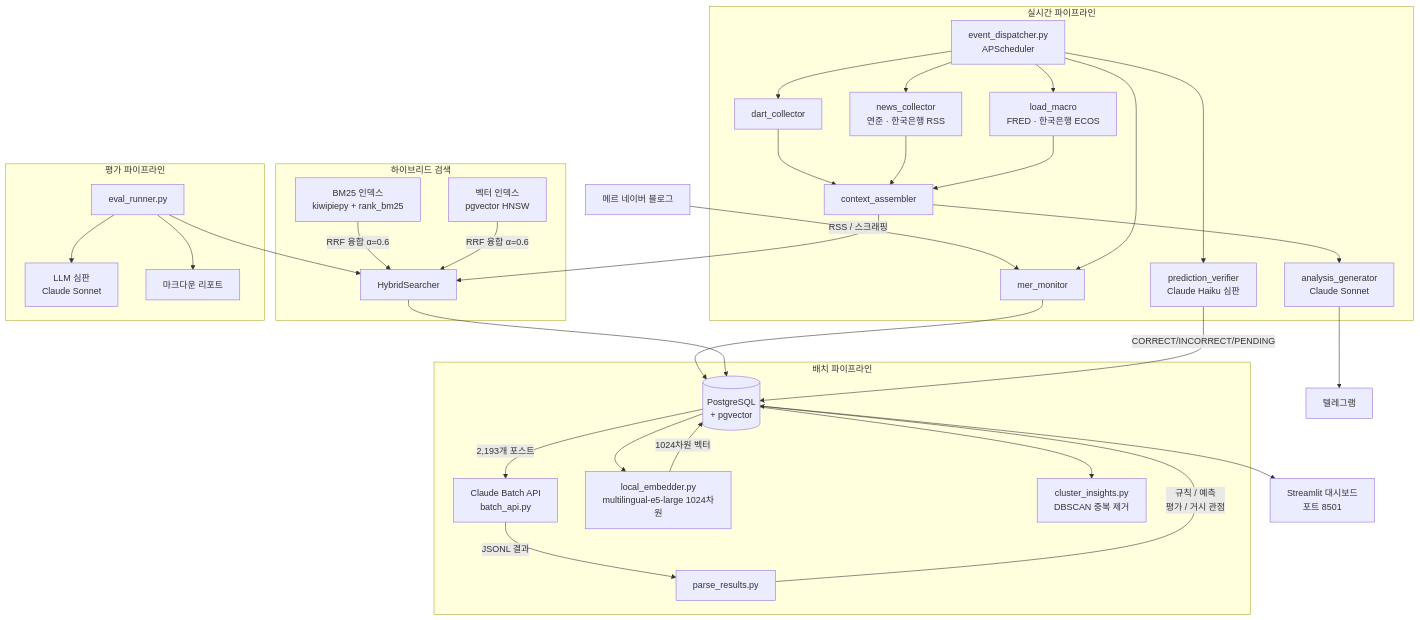
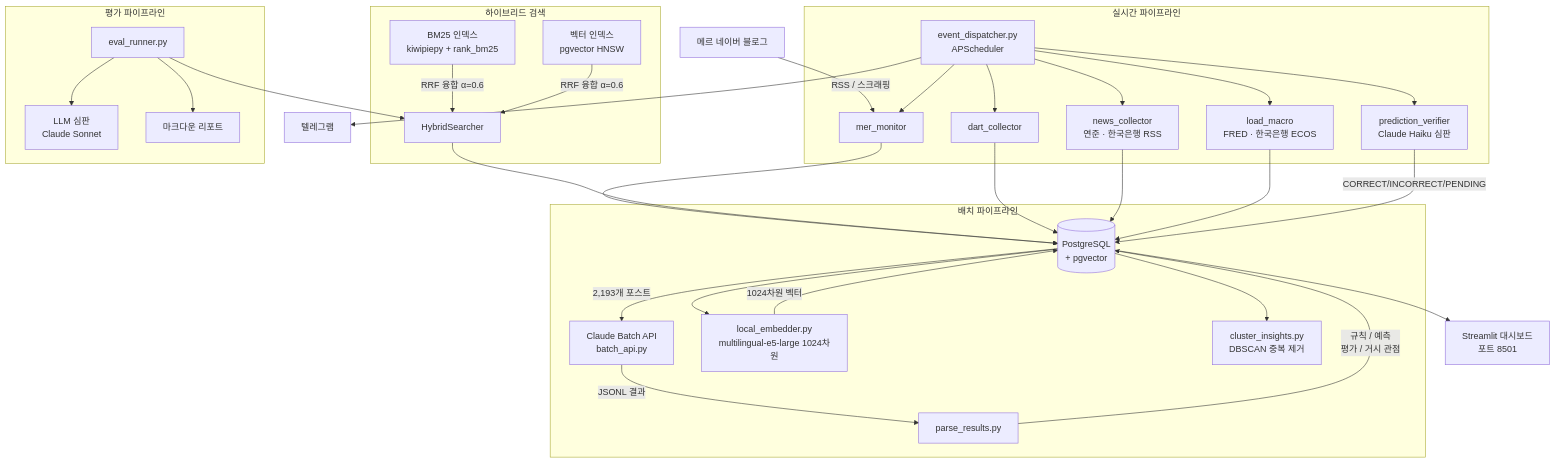
One commit to 11e3/mer-insight-pipeline changed the diagram in README_KR.md. Above: the diagram before and after it, drawn with Mermaid. The commit also changed other lines of this file and 12 other files, not shown here.

````diff
--- a/README_KR.md
+++ b/README_KR.md
@@ -16,44 +16,42 @@
 ```mermaid
 flowchart TD
     A[메르 네이버 블로그] -->|RSS / 스크래핑| B[mer_monitor]
     B --> C[(PostgreSQL<br>+ pgvector)]
 
     subgraph 배치 파이프라인
         C -->|2,193개 포스트| D[Claude Batch API<br>batch_api.py]
         D -->|JSONL 결과| E[parse_results.py]
         E -->|규칙 / 예측<br>평가 / 거시 관점| C
         C --> F[local_embedder.py<br>multilingual-e5-large 1024차원]
         F -->|1024차원 벡터| C
         C --> G[cluster_insights.py<br>DBSCAN 중복 제거]
     end
 
     subgraph 하이브리드 검색
         HS1[BM25 인덱스<br>kiwipiepy + rank_bm25]
         HS2[벡터 인덱스<br>pgvector HNSW]
         HS1 & HS2 -->|RRF 융합 α=0.6| HS3[HybridSearcher]
     end
 
     HS3 --> C
 
     subgraph 실시간 파이프라인
         ED[event_dispatcher.py<br>APScheduler] --> B
         ED --> DC[dart_collector]
         ED --> NC[news_collector<br>연준 · 한국은행 RSS]
         ED --> LM[load_macro<br>FRED · 한국은행 ECOS]
         ED --> PV[prediction_verifier<br>Claude Haiku 심판]
-        DC & NC & LM --> CA[context_assembler]
-        CA --> HS3
-        CA --> AG2[analysis_generator<br>Claude Sonnet]
+        DC & NC & LM --> C
         PV -->|CORRECT/INCORRECT/PENDING| C
     end
 
-    AG2 --> TG[텔레그램]
+    ED --> TG[텔레그램]
 
     subgraph 평가 파이프라인
         EV[eval_runner.py] --> HS3
         EV --> LJ[LLM 심판<br>Claude Sonnet]
         EV --> RPT[마크다운 리포트]
     end
 
     C --> Q[Streamlit 대시보드<br>포트 8501]
 ```
````
